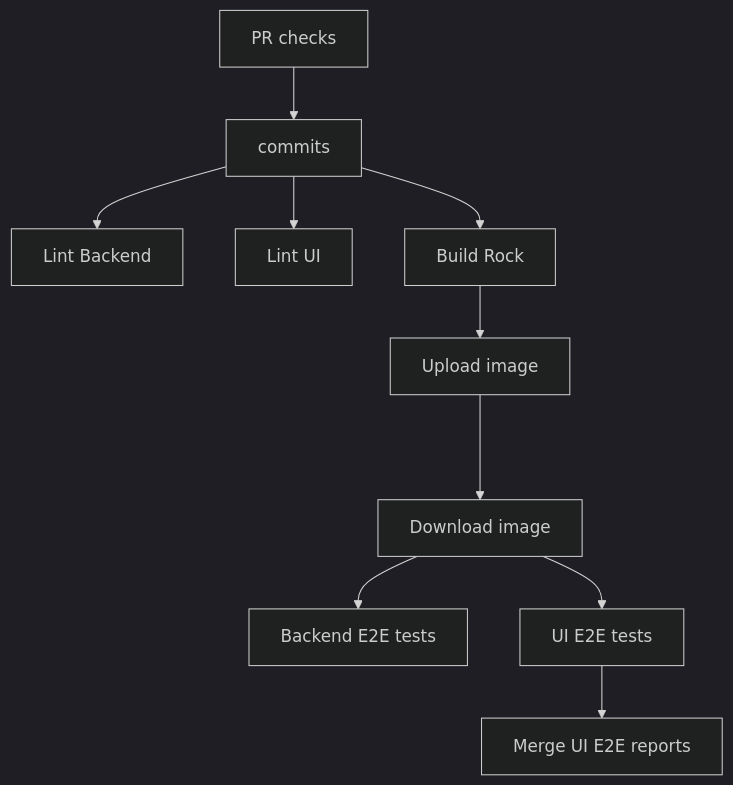
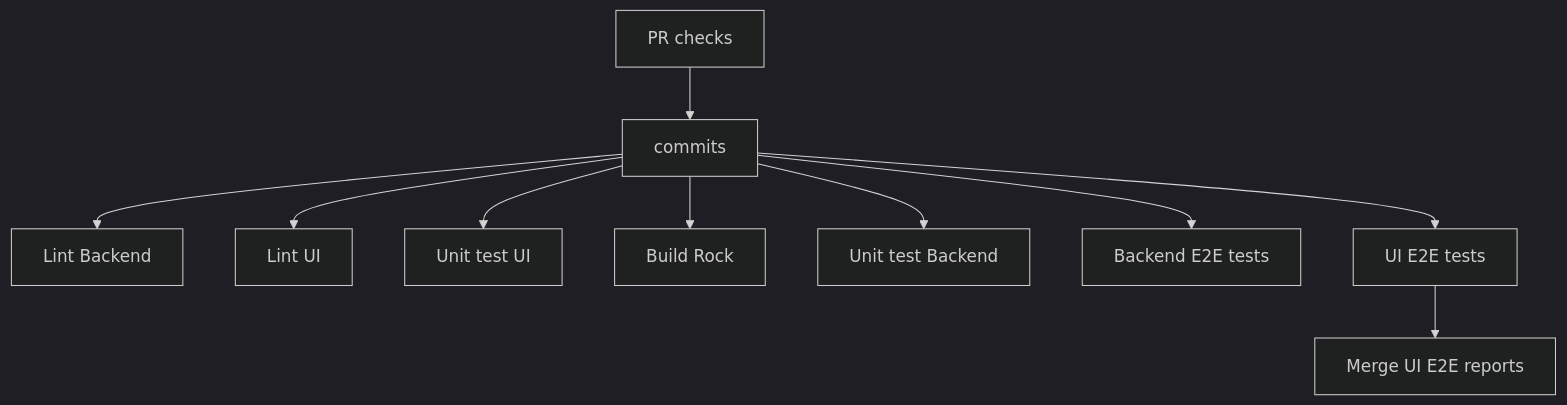
One commit to omarelkashef/microcloud-cluster-manager changed the diagram in ARCHITECTURE.md. Above: the diagram before and after it, drawn with Mermaid (dark theme). The commit also changed other lines of this file and 1 other file, not shown here.

Commit message:
chore(docs) update architecture file

````diff
--- a/ARCHITECTURE.md
+++ b/ARCHITECTURE.md
@@ -57,11 +9,12 @@
 ```mermaid
     flowchart TD
       A[PR checks] --> B[commits]
       B --> C[Lint Backend]
       B --> D[Lint UI]
-      B --> E[Build Rock]
-      E --> Z[Upload image] ---> F[Download image]
-      F --> G[Backend E2E tests]
-      F --> H[UI E2E tests]
-      H --> I[Merge UI E2E reports]
+      B --> E[Unit test UI]
+      B --> F[Build Rock]
+      B --> G[Unit test Backend]
+      B --> H[Backend E2E tests]
+      B --> I[UI E2E tests]
+      I --> J[Merge UI E2E reports]
 ```
````
